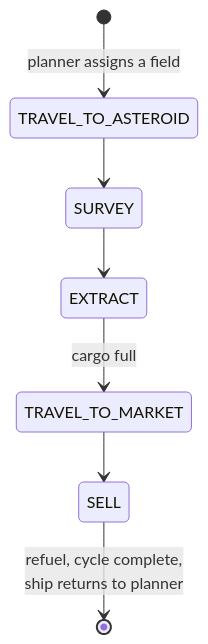
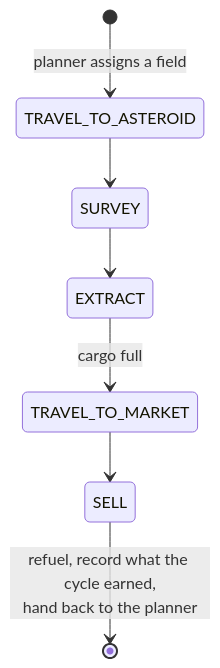
One commit to V-M-Pioneer-Trading/meta changed the first of 2 diagrams in docs/algorithms.md. Above: the diagram before and after it, drawn with Mermaid. The commit also changed other lines of this file and 3 other files, not shown here.

````diff
--- a/docs/algorithms.md
+++ b/docs/algorithms.md
@@ -78,9 +193,9 @@
 ```mermaid
 stateDiagram-v2
     [*] --> TRAVEL_TO_ASTEROID: planner assigns a field
     TRAVEL_TO_ASTEROID --> SURVEY
     SURVEY --> EXTRACT
     EXTRACT --> TRAVEL_TO_MARKET: cargo full
     TRAVEL_TO_MARKET --> SELL
-    SELL --> [*]: refuel, cycle complete,<br/>ship returns to planner
+    SELL --> [*]: refuel, record what the cycle earned,<br/>hand back to the planner
 ```
````
